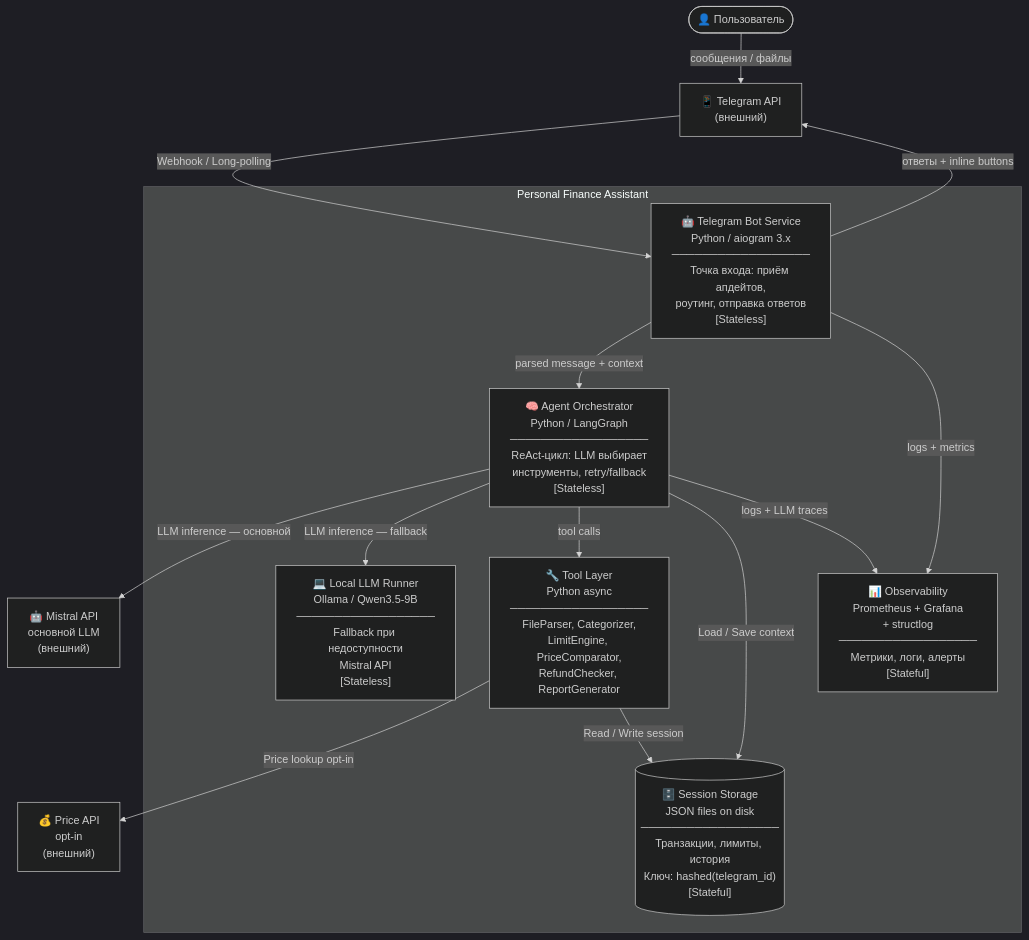
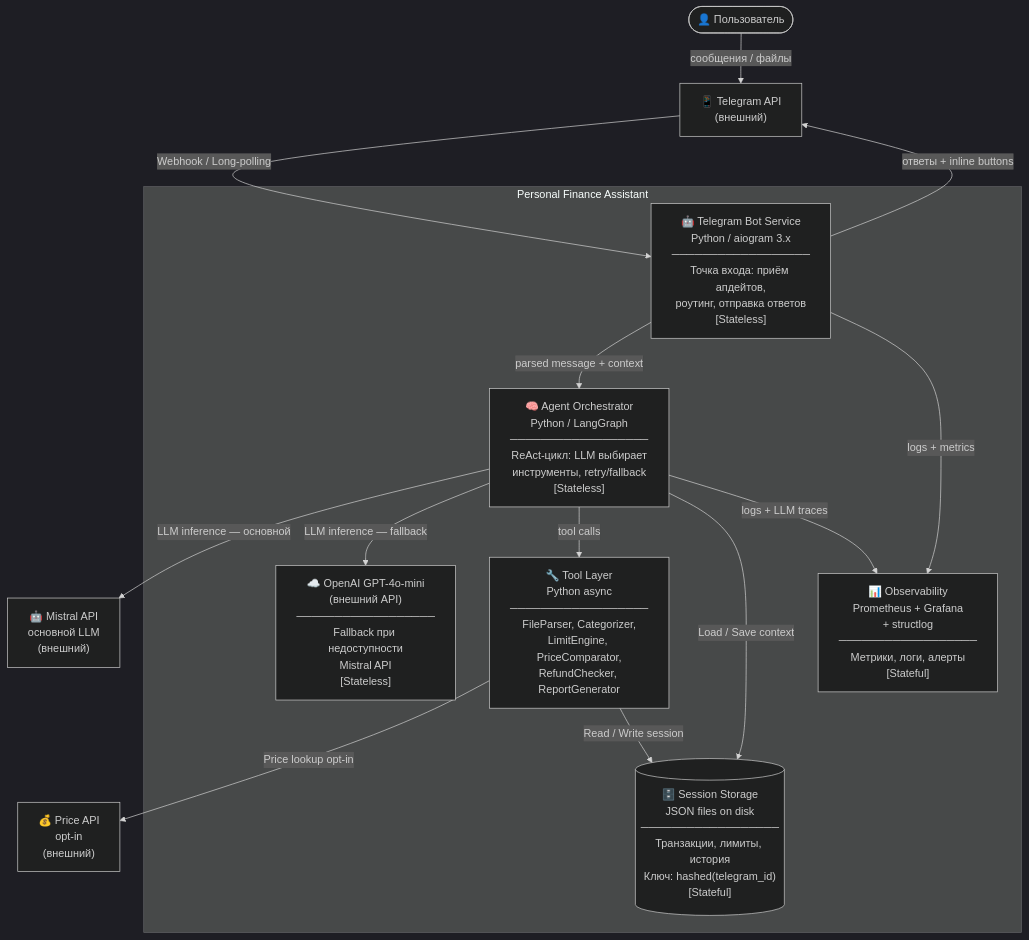
One commit to lveltman/personal-finance-assistant changed the diagram in docs/diagrams/c4-container.md. Above: the diagram before and after it, drawn with Mermaid (dark theme). The commit also changed other lines of this file and 28 other files, not shown here.

````diff
--- a/docs/diagrams/c4-container.md
+++ b/docs/diagrams/c4-container.md
@@ -5,34 +5,34 @@
 ```mermaid
 flowchart TB
     User(["👤 Пользователь"])
     TG["📱 Telegram API\n(внешний)"]
     Mistral["🤖 Mistral API\nосновной LLM\n(внешний)"]
     PriceAPI["💰 Price API\nopt-in\n(внешний)"]
 
     subgraph PFA["Personal Finance Assistant"]
         Bot["🤖 Telegram Bot Service\nPython / aiogram 3.x\n──────────────────\nТочка входа: приём апдейтов,\nроутинг, отправка ответов\n[Stateless]"]
 
         Orch["🧠 Agent Orchestrator\nPython / LangGraph\n──────────────────\nReAct-цикл: LLM выбирает\nинструменты, retry/fallback\n[Stateless]"]
 
-        LocalLLM["💻 Local LLM Runner\nOllama / Qwen3.5-9B\n──────────────────\nFallback при недоступности\nMistral API\n[Stateless]"]
+        FallbackLLM["☁️ OpenAI GPT-4o-mini\n(внешний API)\n──────────────────\nFallback при недоступности\nMistral API\n[Stateless]"]
 
         Tools["🔧 Tool Layer\nPython async\n──────────────────\nFileParser, Categorizer,\nLimitEngine, PriceComparator,\nRefundChecker, ReportGenerator"]
 
         Storage[("🗄️ Session Storage\nJSON files on disk\n──────────────────\nТранзакции, лимиты, история\nКлюч: hashed(telegram_id)\n[Stateful]")]
 
         Obs["📊 Observability\nPrometheus + Grafana\n+ structlog\n──────────────────\nМетрики, логи, алерты\n[Stateful]"]
     end
 
     User -->|"сообщения / файлы"| TG
     TG -->|"Webhook / Long-polling"| Bot
     Bot -->|"parsed message + context"| Orch
     Orch -->|"LLM inference — основной"| Mistral
-    Orch -->|"LLM inference — fallback"| LocalLLM
+    Orch -->|"LLM inference — fallback"| FallbackLLM
     Orch -->|"tool calls"| Tools
     Tools -->|"Price lookup opt-in"| PriceAPI
     Tools -->|"Read / Write session"| Storage
     Orch -->|"Load / Save context"| Storage
     Bot -->|"ответы + inline buttons"| TG
     Bot -->|"logs + metrics"| Obs
     Orch -->|"logs + LLM traces"| Obs
 ```
````
